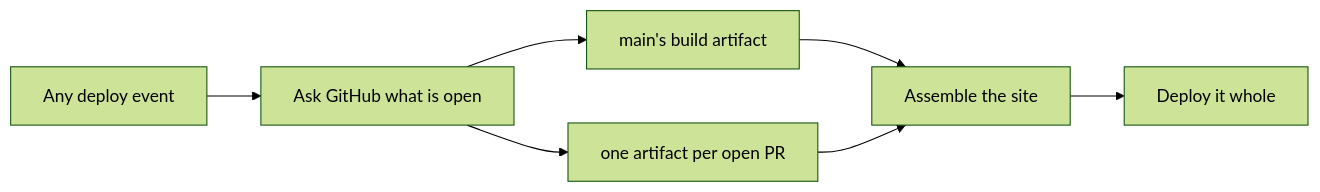
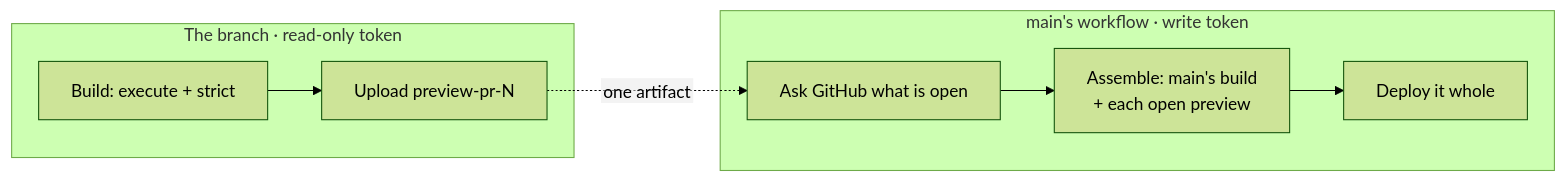
One commit to andrewendlinger/xmris changed the diagram in docs/diary/2026-07-25-docs-previews.md. Above: the diagram before and after it, drawn with Mermaid (forest theme). The commit also changed other lines of this file and 4 other files, not shown here.

````diff
--- a/docs/diary/2026-07-25-docs-previews.md
+++ b/docs/diary/2026-07-25-docs-previews.md
@@ -26,10 +27,12 @@
 ```{mermaid}
 %%{init: {'flowchart': {'htmlLabels': false}}}%%
 flowchart LR
-    E["Any deploy event"] --> Q["Ask GitHub what is open"]
-    Q --> M["main's build artifact"]
-    Q --> P["one artifact per open PR"]
-    M --> A["Assemble the site"]
-    P --> A
-    A --> D["Deploy it whole"]
+    subgraph B["The branch · read-only token"]
+        E["Build: execute + strict"] --> P["Upload preview-pr-N"]
+    end
+    subgraph M["main's workflow · write token"]
+        Q["Ask GitHub what is open"] --> A["Assemble: main's build<br>+ each open preview"]
+        A --> D["Deploy it whole"]
+    end
+    P -.->|"one artifact"| Q
 ```
````
